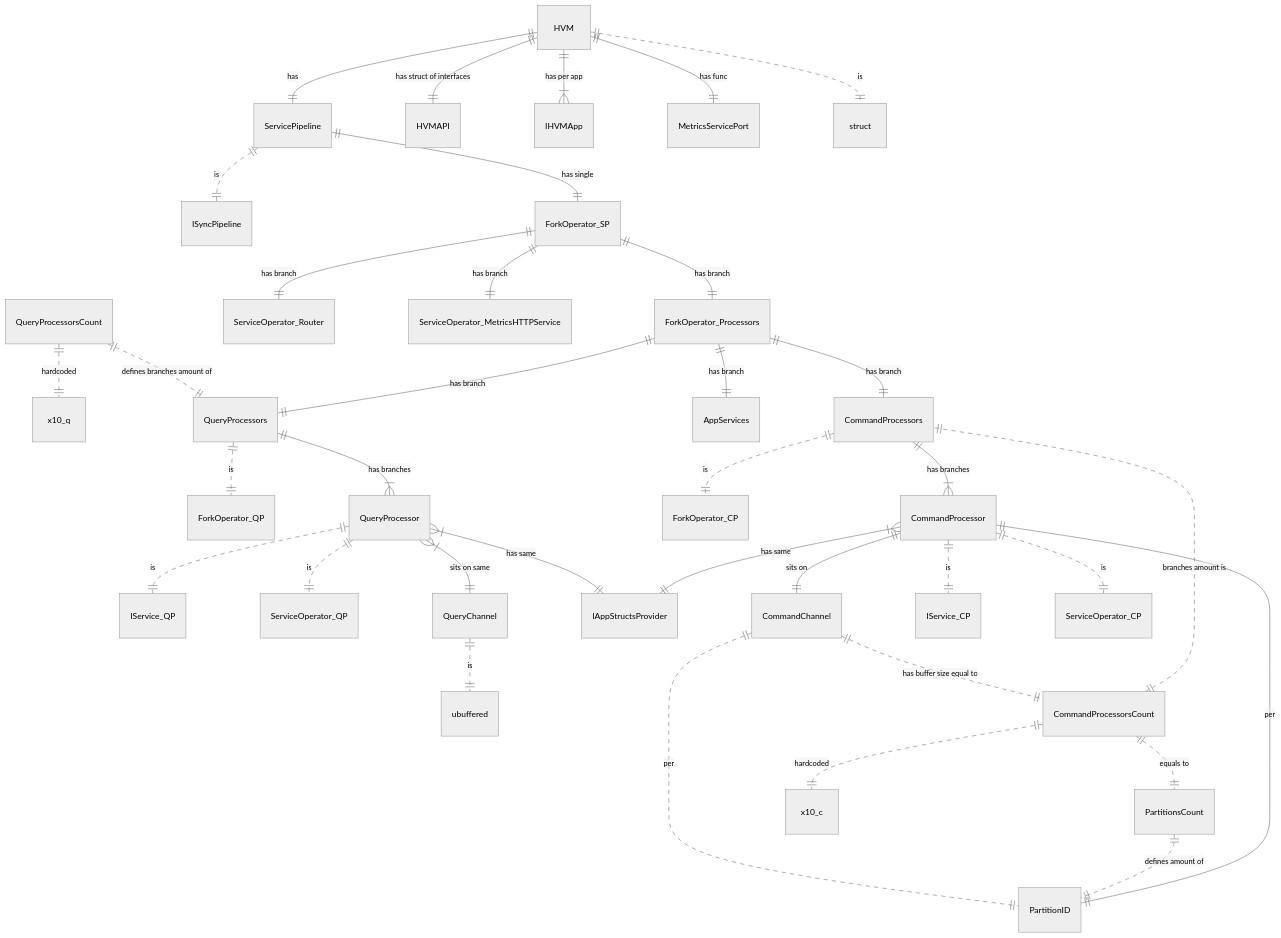
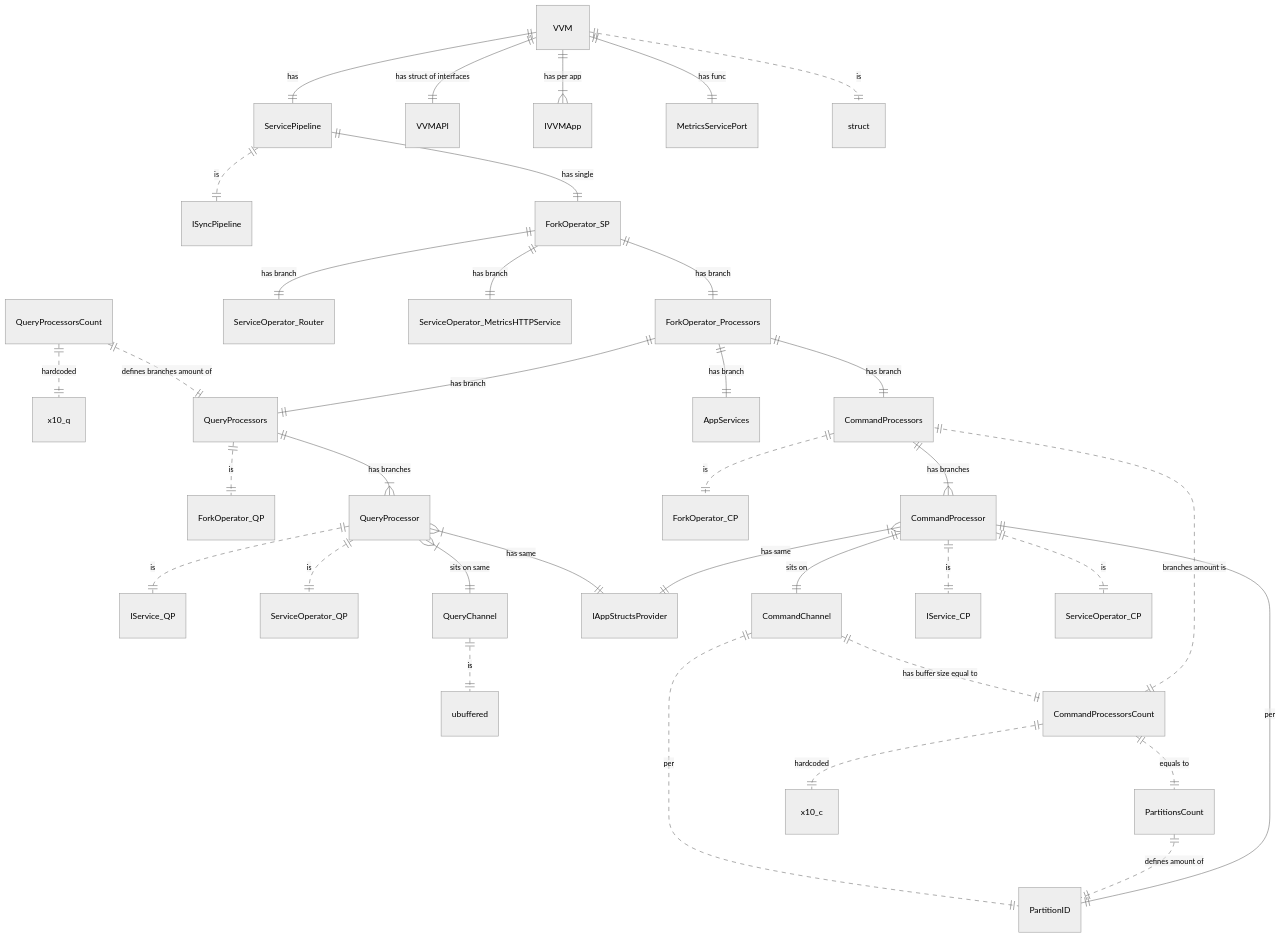
One commit to voedger/voedger changed the third of 3 diagrams in design/hvm/README.md. Above: the diagram before and after it, drawn with Mermaid (neutral theme). The commit also changed other lines of this file and 11 other files, not shown here.

````diff
--- a/design/hvm/README.md
+++ b/design/hvm/README.md
@@ -78,48 +78,48 @@
 ```mermaid
 erDiagram
 
-HVM ||--|| ServicePipeline: has
-HVM ||--|| HVMAPI: "has struct of interfaces"
-HVM ||--|{ IHVMApp: "has per app"
-HVM ||--|| MetricsServicePort: "has func"
-HVM ||..|| struct: is
+VVM ||--|| ServicePipeline: has
+VVM ||--|| VVMAPI: "has struct of interfaces"
+VVM ||--|{ IVVMApp: "has per app"
+VVM ||--|| MetricsServicePort: "has func"
+VVM ||..|| struct: is
 
 ServicePipeline ||..|| ISyncPipeline: is
 ServicePipeline ||--|| ForkOperator_SP : "has single"
 
 ForkOperator_SP ||--|| ForkOperator_Processors: "has branch"
 ForkOperator_SP ||--|| ServiceOperator_Router: "has branch"
 ForkOperator_SP ||--|| ServiceOperator_MetricsHTTPService: "has branch "
 
 QueryProcessorsCount ||..|| x10_q: "hardcoded"
 QueryProcessorsCount ||..|| QueryProcessors: "defines branches amount of"
 ForkOperator_Processors ||--|| QueryProcessors: "has branch"
 ForkOperator_Processors ||--|| AppServices: "has branch"
 ForkOperator_Processors ||--|| CommandProcessors: "has branch"
 
 QueryProcessors ||..|| ForkOperator_QP: is
 QueryProcessors ||--|{ QueryProcessor: "has branches"
 
 
 QueryProcessor ||..|| IService_QP: is
 QueryProcessor ||..|| ServiceOperator_QP: is
 QueryProcessor }|--|| QueryChannel: "sits on same"
 QueryProcessor }|--|| IAppStructsProvider: "has same"
 QueryChannel ||..|| ubuffered: is
 
 CommandProcessorsCount ||..|| CommandProcessors: "branches amount is"
 CommandProcessors ||..|| ForkOperator_CP: is
 CommandProcessors ||--|{ CommandProcessor: "has branches"
 CommandProcessor ||--|| CommandChannel: "sits on"
 CommandProcessor ||..|| IService_CP: is
 CommandProcessor ||..|| ServiceOperator_CP: is
 CommandChannel ||..|| PartitionID: per
 CommandChannel ||..|| CommandProcessorsCount: "has buffer size equal to"
 CommandProcessorsCount ||..|| PartitionsCount: "equals to"
 PartitionsCount ||..|| PartitionID: "defines amount of"
 CommandProcessor ||--|| PartitionID: per
 CommandProcessor }|--|| IAppStructsProvider: "has same"
 CommandProcessorsCount ||..|| x10_c: "hardcoded"
 
 
 ```
````
